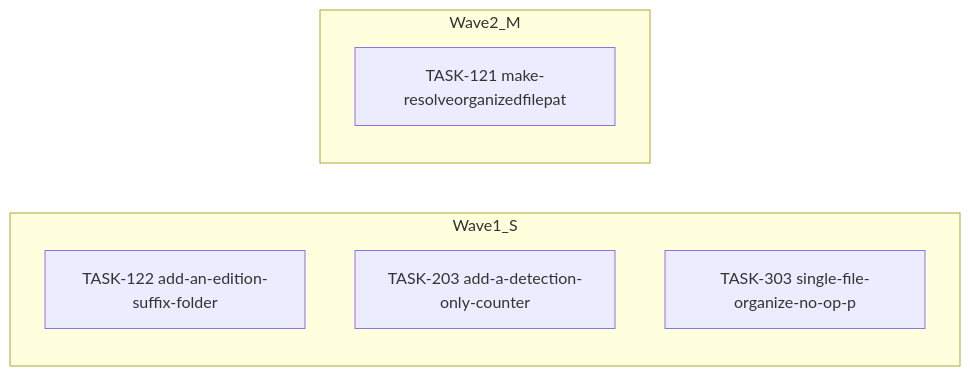
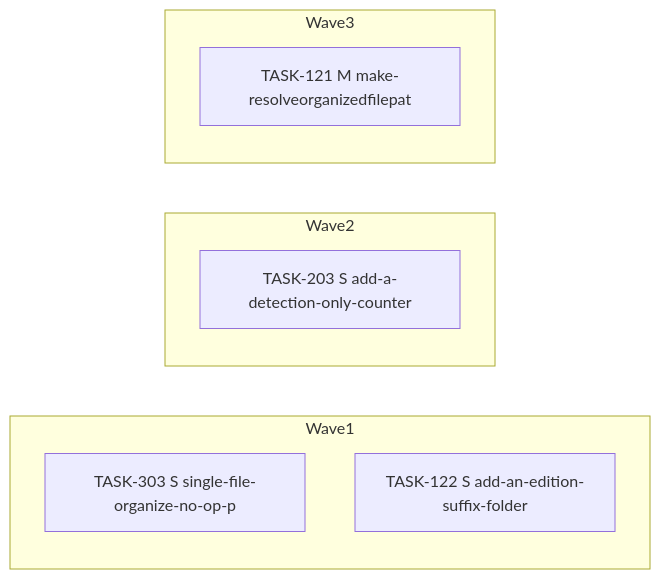
The diagram in docs/agent-tasks/todo-completion-2026-09/organize/orchestration.md (falkcorp/audiobook-organizer), drawn with Mermaid before and after one commit. The commit also changed other lines of this file and 270 other files, not shown here.

````diff
--- a/docs/agent-tasks/todo-completion-2026-09/organize/orchestration.md
+++ b/docs/agent-tasks/todo-completion-2026-09/organize/orchestration.md
@@ -10,11 +10,13 @@
 ```mermaid
 flowchart LR
-    subgraph Wave1_S
-      TASK122[TASK-122 add-an-edition-suffix-folder]
-      TASK203[TASK-203 add-a-detection-only-counter]
-      TASK303[TASK-303 single-file-organize-no-op-p]
+    subgraph Wave1
+      TASK303[TASK-303 S single-file-organize-no-op-p]
+      TASK122[TASK-122 S add-an-edition-suffix-folder]
     end
-    subgraph Wave2_M
-      TASK121[TASK-121 make-resolveorganizedfilepat]
+    subgraph Wave2
+      TASK203[TASK-203 S add-a-detection-only-counter]
+    end
+    subgraph Wave3
+      TASK121[TASK-121 M make-resolveorganizedfilepat]
     end
 ```
````
